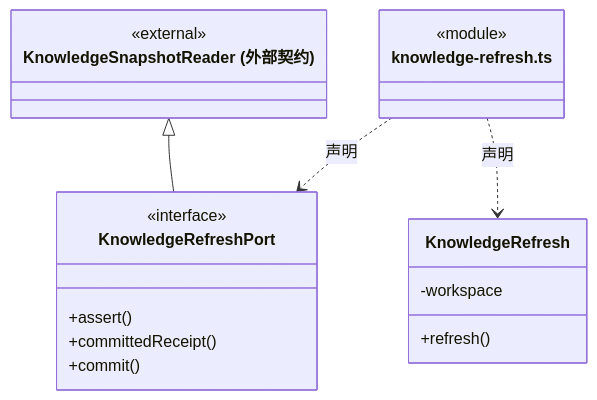
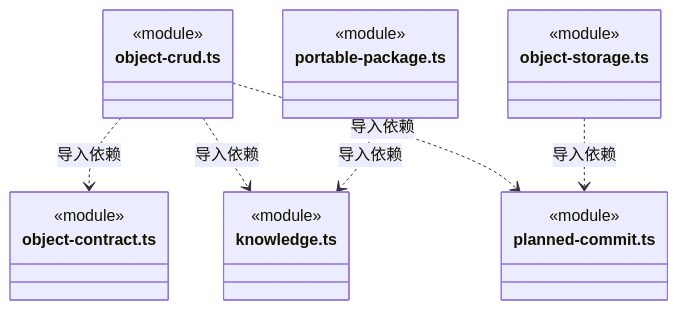
Before and after one commit to nan023062/cbim: the second of 8 diagrams in src/backend/core/knowledge/ARCHITECTURE.md, drawn with Mermaid. The commit also changed other lines of this file and 971 other files, not shown here.

First line of the commit message:
refactor: align backend source layout with V&B module boundaries

````diff
--- a/src/backend/core/knowledge/ARCHITECTURE.md
+++ b/src/backend/core/knowledge/ARCHITECTURE.md
@@ -74,22 +58,26 @@
 ```mermaid
 classDiagram
-class N_src_backend_core_knowledge_knowledge_refresh_ts["knowledge-refresh.ts"] {
+class N_src_backend_core_knowledge_knowledge_ts["knowledge.ts"] {
   <<module>>
 }
-class N_src_backend_core_knowledge_knowledge_refresh_ts_KnowledgeRefreshPort["KnowledgeRefreshPort"] {
-  <<interface>>
-  +assert()
-  +committedReceipt()
-  +commit()
+class N_src_backend_core_knowledge_object_contract_ts["object-contract.ts"] {
+  <<module>>
 }
-N_src_backend_core_knowledge_knowledge_refresh_ts ..> N_src_backend_core_knowledge_knowledge_refresh_ts_KnowledgeRefreshPort : 声明
-class N_src_backend_core_knowledge_knowledge_refresh_ts_external_KnowledgeSnapshotReader["KnowledgeSnapshotReader (外部契约)"] {
-  <<external>>
+class N_src_backend_core_knowledge_object_crud_ts["object-crud.ts"] {
+  <<module>>
 }
-N_src_backend_core_knowledge_knowledge_refresh_ts_external_KnowledgeSnapshotReader <|-- N_src_backend_core_knowledge_knowledge_refresh_ts_KnowledgeRefreshPort
-class N_src_backend_core_knowledge_knowledge_refresh_ts_KnowledgeRefresh["KnowledgeRefresh"] {
-  +refresh()
-  -workspace
+class N_src_backend_core_knowledge_object_storage_ts["object-storage.ts"] {
+  <<module>>
 }
-N_src_backend_core_knowledge_knowledge_refresh_ts ..> N_src_backend_core_knowledge_knowledge_refresh_ts_KnowledgeRefresh : 声明
+class N_src_backend_core_knowledge_planned_commit_ts["planned-commit.ts"] {
+  <<module>>
+}
+class N_src_backend_core_knowledge_portable_package_ts["portable-package.ts"] {
+  <<module>>
+}
+N_src_backend_core_knowledge_object_crud_ts ..> N_src_backend_core_knowledge_object_contract_ts : 导入依赖
+N_src_backend_core_knowledge_object_crud_ts ..> N_src_backend_core_knowledge_knowledge_ts : 导入依赖
+N_src_backend_core_knowledge_object_crud_ts ..> N_src_backend_core_knowledge_planned_commit_ts : 导入依赖
+N_src_backend_core_knowledge_object_storage_ts ..> N_src_backend_core_knowledge_planned_commit_ts : 导入依赖
+N_src_backend_core_knowledge_portable_package_ts ..> N_src_backend_core_knowledge_knowledge_ts : 导入依赖
 ```
````
